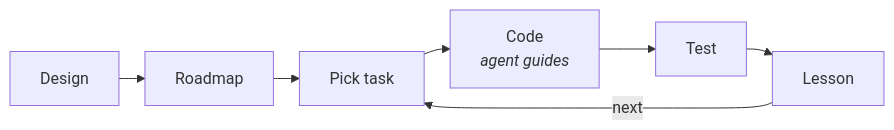
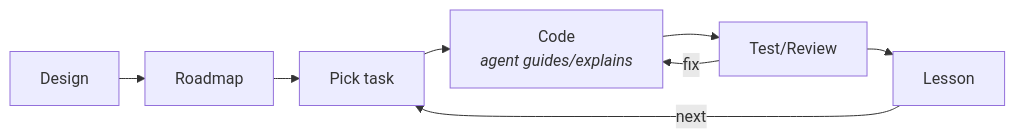
One commit to locchh/blogs changed the third of 3 diagrams in src/content/blog/how_to_learn.md. Above: the diagram before and after it, drawn with Mermaid. The commit also changed other lines of this file, not shown here.

Commit message:
docs(blog): add test/review fix-loop to teaching-coding-loop diagram and prose

````diff
--- a/src/content/blog/how_to_learn.md
+++ b/src/content/blog/how_to_learn.md
@@ -285,10 +285,11 @@
 ```mermaid
 %%{init: {'flowchart': {'nodeSpacing': 20, 'rankSpacing': 26}}}%%
 graph LR
     D["Design"] --> R["Roadmap"]
     R --> S["Pick task"]
-    S --> C["Code<br/><i>agent guides</i>"]
-    C --> T["Test"]
+    S --> C["Code<br/><i>agent guides/explains</i>"]
+    C --> T["Test/Review"]
+    T -->|"fix"| C
     T --> L["Lesson"]
     L -->|"next"| S
 ```
````
